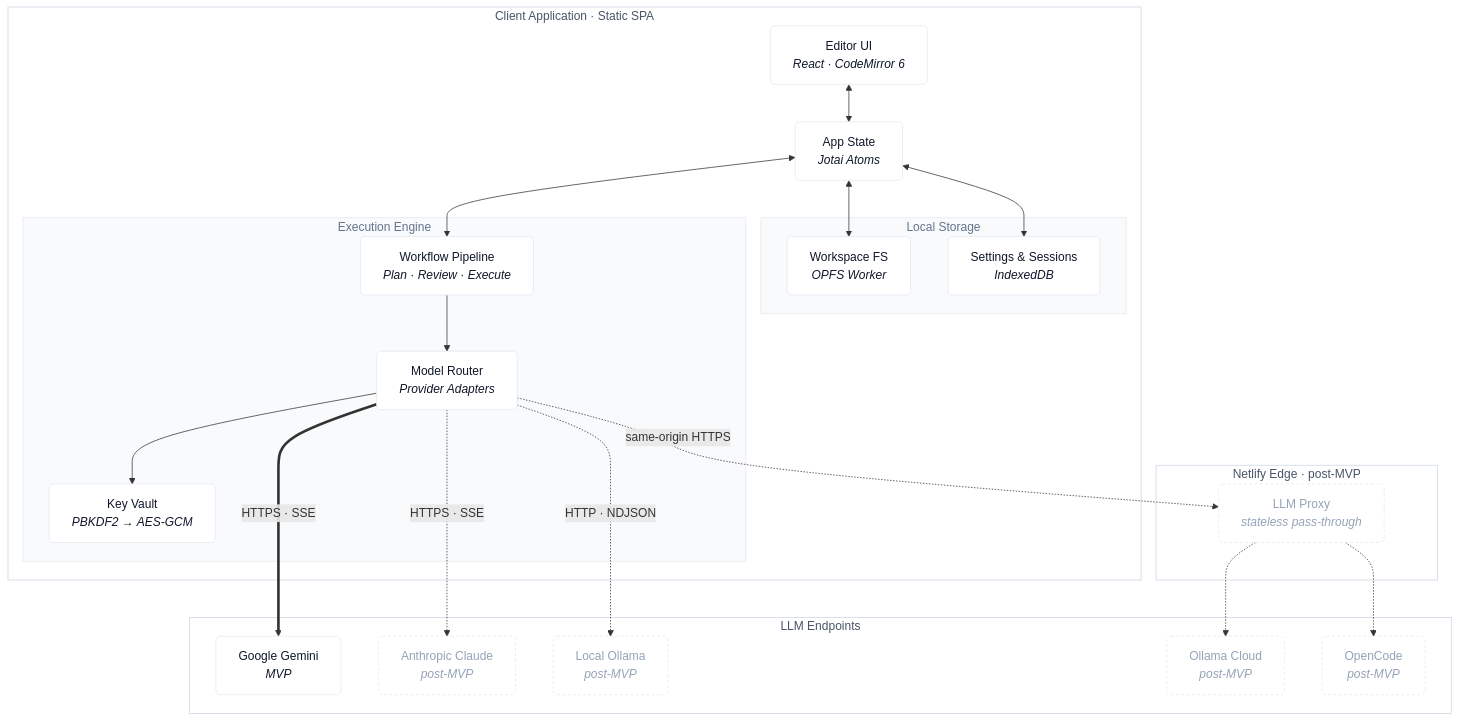
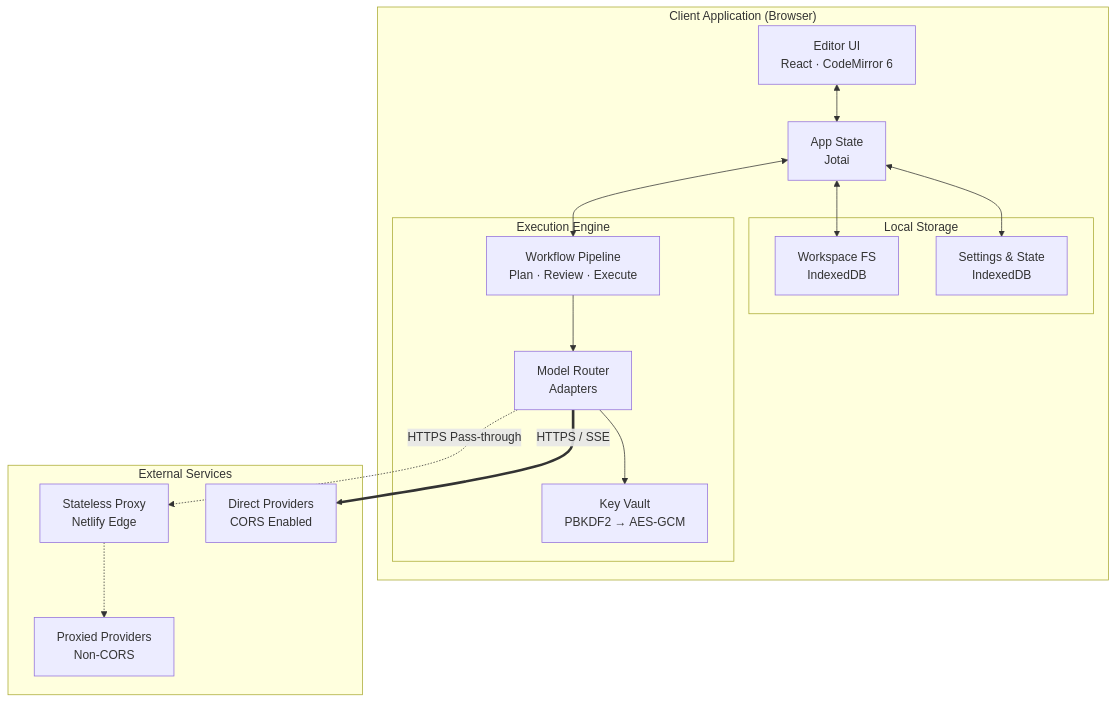
The first of 2 diagrams in ARCHITECTURE.md (marespopa/daedaluside), drawn with Mermaid before and after one commit. The commit also changed other lines of this file and 47 other files, not shown here.

First line of the commit message:
feat: vim mode, netrw-style tree, and architecture docs

````diff
--- a/ARCHITECTURE.md
+++ b/ARCHITECTURE.md
@@ -34,68 +39,35 @@
 ```mermaid
-%%{init: {
-  'theme': 'base',
-  'themeVariables': {
-    'primaryColor': '#ffffff',
-    'primaryTextColor': '#0f172a',
-    'primaryBorderColor': '#e2e8f0',
-    'lineColor': '#64748b',
-    'secondaryColor': '#fafafa',
-    'tertiaryColor': '#f8fafc',
-    'fontFamily': 'ui-sans-serif, system-ui, -apple-system, BlinkMacSystemFont, "Segoe UI", Roboto, sans-serif',
-    'fontSize': '12px'
-  }
-}}%%
 graph TD
-    subgraph Browser ["Client Application · Static SPA"]
-        UI["Editor UI<br/><i>React · CodeMirror 6</i>"]
-        State["App State<br/><i>Jotai Atoms</i>"]
+    subgraph Client ["Client Application (Browser)"]
+        UI["Editor UI<br/>React · CodeMirror 6"]
+        State["App State<br/>Jotai"]
         
         subgraph Storage ["Local Storage"]
-            FS["Workspace FS<br/><i>OPFS Worker</i>"]
-            IDB["Settings & Sessions<br/><i>IndexedDB</i>"]
+            FS["Workspace FS<br/>IndexedDB"]
+            DB["Settings & State<br/>IndexedDB"]
         end
         
         subgraph Engine ["Execution Engine"]
-            Pipeline["Workflow Pipeline<br/><i>Plan · Review · Execute</i>"]
-            Router["Model Router<br/><i>Provider Adapters</i>"]
-            Vault["Key Vault<br/><i>PBKDF2 → AES-GCM</i>"]
+            Pipeline["Workflow Pipeline<br/>Plan · Review · Execute"]
+            Router["Model Router<br/>Adapters"]
+            Vault["Key Vault<br/>PBKDF2 → AES-GCM"]
         end
 
         UI <--> State
         State <--> FS
-        State <--> IDB
+        State <--> DB
         State <--> Pipeline
         Pipeline --> Router
         Router --> Vault
     end
 
-    subgraph Edge ["Netlify Edge · post-MVP"]
-        Proxy["LLM Proxy<br/><i>stateless pass-through</i>"]
+    subgraph Network ["External Services"]
+        Proxy["Stateless Proxy<br/>Netlify Edge"]
+        DirectAPI["Direct Providers<br/>CORS Enabled"]
+        ProxiedAPI["Proxied Providers<br/>Non-CORS"]
     end
 
-    subgraph Providers ["LLM Endpoints"]
-        Gemini["Google Gemini<br/><i>MVP</i>"]
-        Anthropic["Anthropic Claude<br/><i>post-MVP</i>"]
-        Ollama["Local Ollama<br/><i>post-MVP</i>"]
-        OllamaCloud["Ollama Cloud<br/><i>post-MVP</i>"]
-        OpenCode["OpenCode<br/><i>post-MVP</i>"]
-    end
-
-    Router ==>|"HTTPS · SSE"| Gemini
-    Router -.->|"HTTPS · SSE"| Anthropic
-    Router -.->|"HTTP · NDJSON"| Ollama
-    Router -.->|"same-origin HTTPS"| Proxy
-    Proxy -.-> OllamaCloud
-    Proxy -.-> OpenCode
-
-    classDef default fill:#ffffff,stroke:#e2e8f0,stroke-width:1px,color:#0f172a,rx:6px,ry:6px;
-    classDef browserGroup fill:#ffffff,stroke:#cbd5e1,stroke-width:1px,color:#475569;
-    classDef innerGroup fill:#f8fafc,stroke:#e2e8f0,stroke-width:1px,color:#64748b;
-    classDef providerGroup fill:#ffffff,stroke:#cbd5e1,stroke-width:1px,color:#475569;
-    classDef later fill:#ffffff,stroke:#e2e8f0,stroke-width:1px,stroke-dasharray:4 3,color:#94a3b8;
-
-    class Browser browserGroup;
-    class Storage,Engine innerGroup;
-    class Providers,Edge providerGroup;
-    class Anthropic,Ollama,OllamaCloud,OpenCode,Proxy later;
+    Router ==>|"HTTPS / SSE"| DirectAPI
+    Router -.->|"HTTPS Pass-through"| Proxy
+    Proxy -.-> ProxiedAPI
 ```
````
